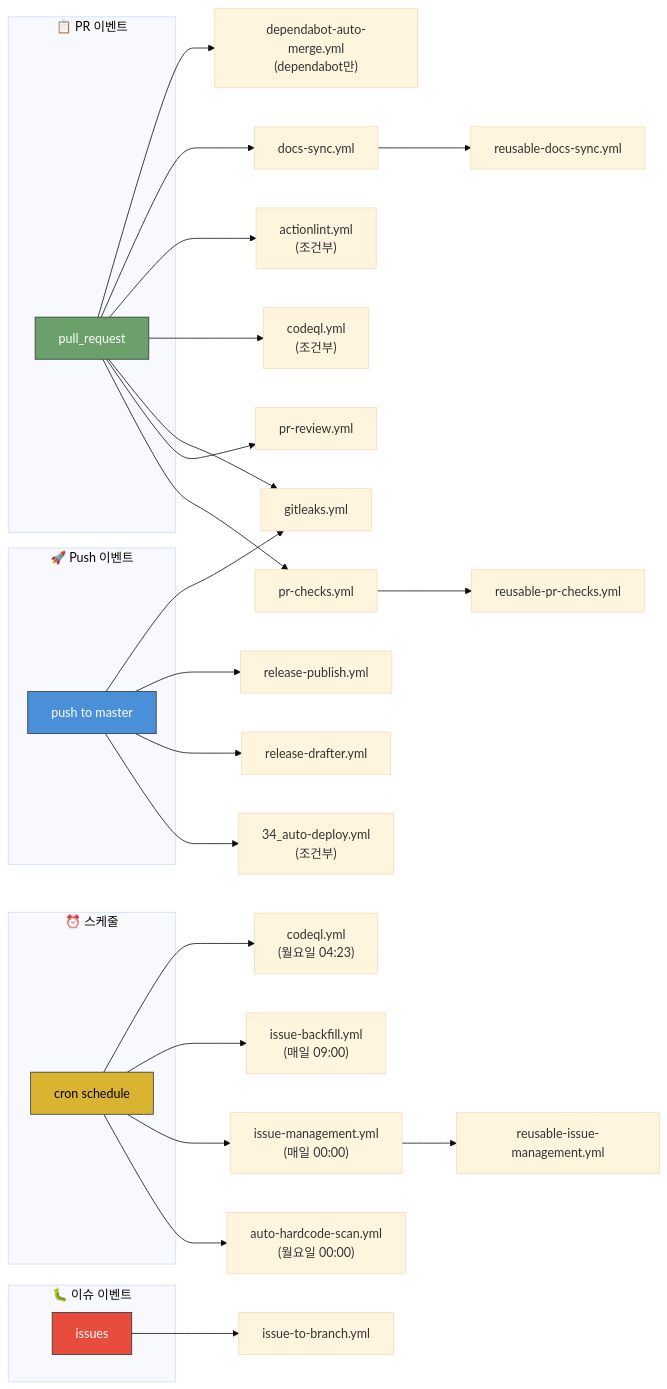
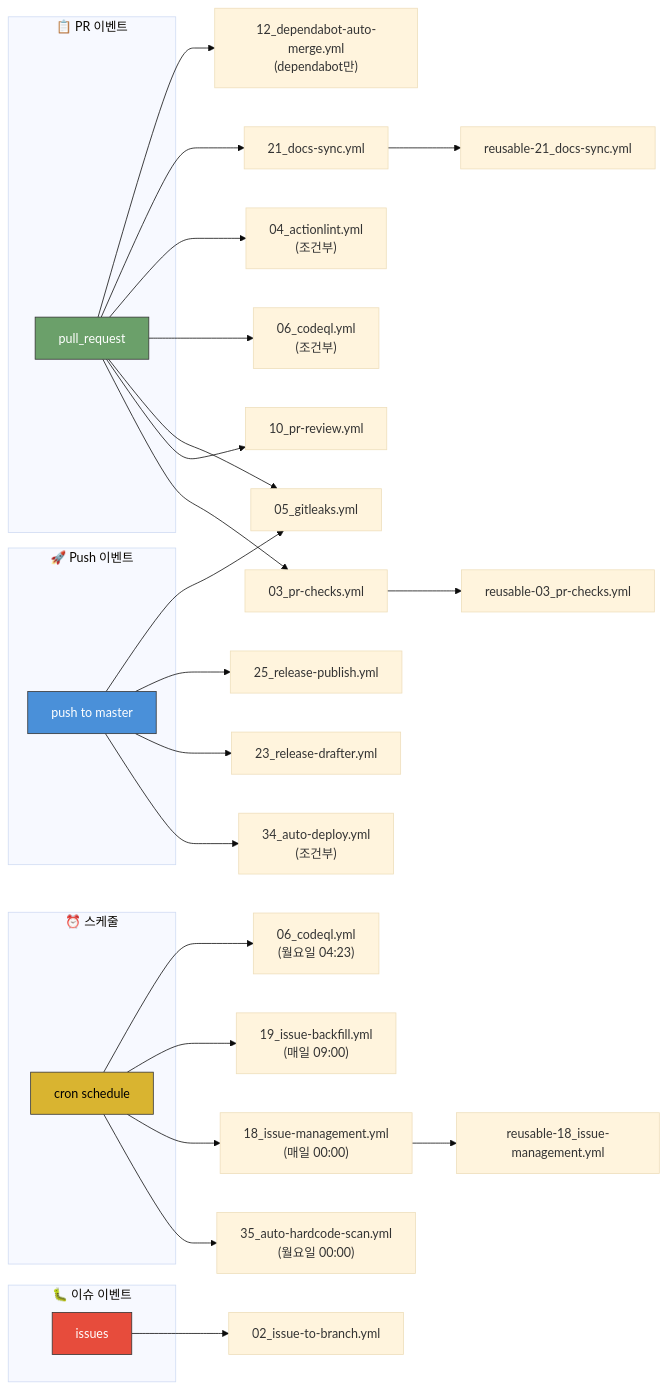
Before and after one commit to jclee941/.github: the seventh of 10 diagrams in docs/architecture.md, drawn with Mermaid (base theme). The commit also changed other lines of this file and 11 other files, not shown here.

First line of the commit message:
docs: fix broken config references and upgrade legacy markdown diagrams

````diff
--- a/docs/architecture.md
+++ b/docs/architecture.md
@@ -310,47 +310,47 @@
 ```mermaid
 flowchart LR
     subgraph PR_Events["📋 PR 이벤트"]
         PR["pull_request"]
     end
     
     subgraph Push_Events["🚀 Push 이벤트"]
         PUSH["push to master"]
     end
     
     subgraph Schedule_Events["⏰ 스케줄"]
         CRON["cron schedule"]
     end
     
     subgraph Issue_Events["🐛 이슈 이벤트"]
         ISSUE["issues"]
     end
     
-    PR --> PR_CHECK["pr-checks.yml"]
-    PR --> PR_REVIEW["pr-review.yml"]
-    PR --> GITLEAKS["gitleaks.yml"]
-    PR --> CODEQL["codeql.yml<br/>(조건부)"]
-    PR --> ACTIONLINT["actionlint.yml<br/>(조건부)"]
-    PR --> DOCS["docs-sync.yml"]
-    PR --> DEPENDABOT["dependabot-auto-merge.yml<br/>(dependabot만)"]
+    PR --> PR_CHECK["03_pr-checks.yml"]
+    PR --> PR_REVIEW["10_pr-review.yml"]
+    PR --> GITLEAKS["05_gitleaks.yml"]
+    PR --> CODEQL["06_codeql.yml<br/>(조건부)"]
+    PR --> ACTIONLINT["04_actionlint.yml<br/>(조건부)"]
+    PR --> DOCS["21_docs-sync.yml"]
+    PR --> DEPENDABOT["12_dependabot-auto-merge.yml<br/>(dependabot만)"]
     
     PUSH --> AUTO_DEPLOY["34_auto-deploy.yml<br/>(조건부)"]
-    PUSH --> RELEASE_D["release-drafter.yml"]
-    PUSH --> RELEASE_P["release-publish.yml"]
+    PUSH --> RELEASE_D["23_release-drafter.yml"]
+    PUSH --> RELEASE_P["25_release-publish.yml"]
     PUSH --> GITLEAKS
     
-    CRON --> HARDSCAN["auto-hardcode-scan.yml<br/>(월요일 00:00)"]
-    CRON --> ISSUE_MGMT["issue-management.yml<br/>(매일 00:00)"]
-    CRON --> ISSUE_BACK["issue-backfill.yml<br/>(매일 09:00)"]
-    CRON --> CODEQL_S["codeql.yml<br/>(월요일 04:23)"]
+    CRON --> HARDSCAN["35_auto-hardcode-scan.yml<br/>(월요일 00:00)"]
+    CRON --> ISSUE_MGMT["18_issue-management.yml<br/>(매일 00:00)"]
+    CRON --> ISSUE_BACK["19_issue-backfill.yml<br/>(매일 09:00)"]
+    CRON --> CODEQL_S["06_codeql.yml<br/>(월요일 04:23)"]
     
-    ISSUE --> ISSUE_BRANCH["issue-to-branch.yml"]
+    ISSUE --> ISSUE_BRANCH["02_issue-to-branch.yml"]
     
-    PR_CHECK --> REUSABLE1["reusable-pr-checks.yml"]
-    DOCS --> REUSABLE2["reusable-docs-sync.yml"]
-    ISSUE_MGMT --> REUSABLE3["reusable-issue-management.yml"]
+    PR_CHECK --> REUSABLE1["reusable-03_pr-checks.yml"]
+    DOCS --> REUSABLE2["reusable-21_docs-sync.yml"]
+    ISSUE_MGMT --> REUSABLE3["reusable-18_issue-management.yml"]
     
     style PR fill:#6ba06a,stroke:#333,color:#fff
     style PUSH fill:#4a90d9,stroke:#333,color:#fff
     style CRON fill:#d9b430,stroke:#333,color:#000
     style ISSUE fill:#e74c3c,stroke:#333,color:#fff
 ```
````
